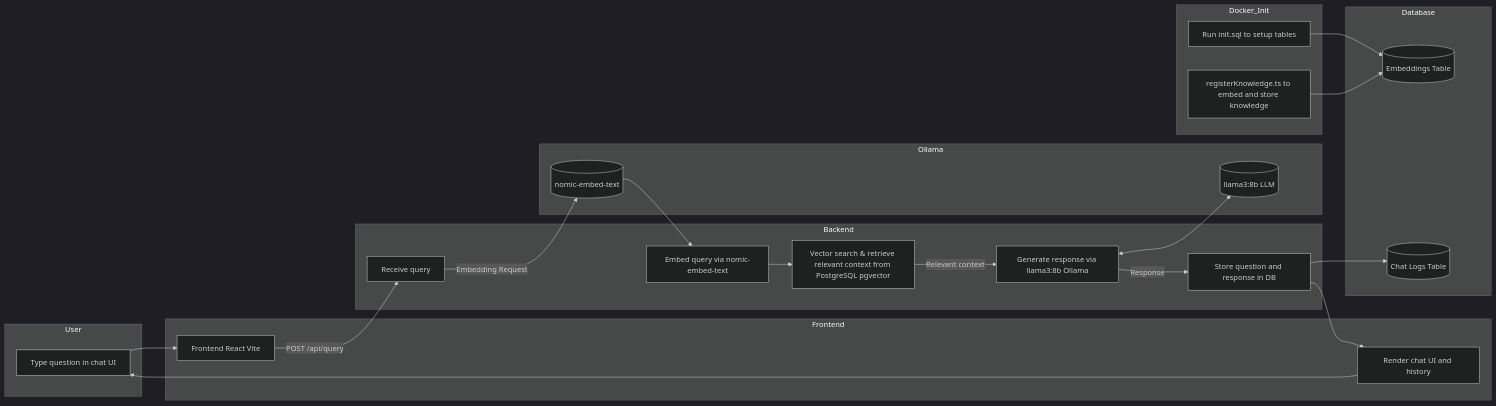
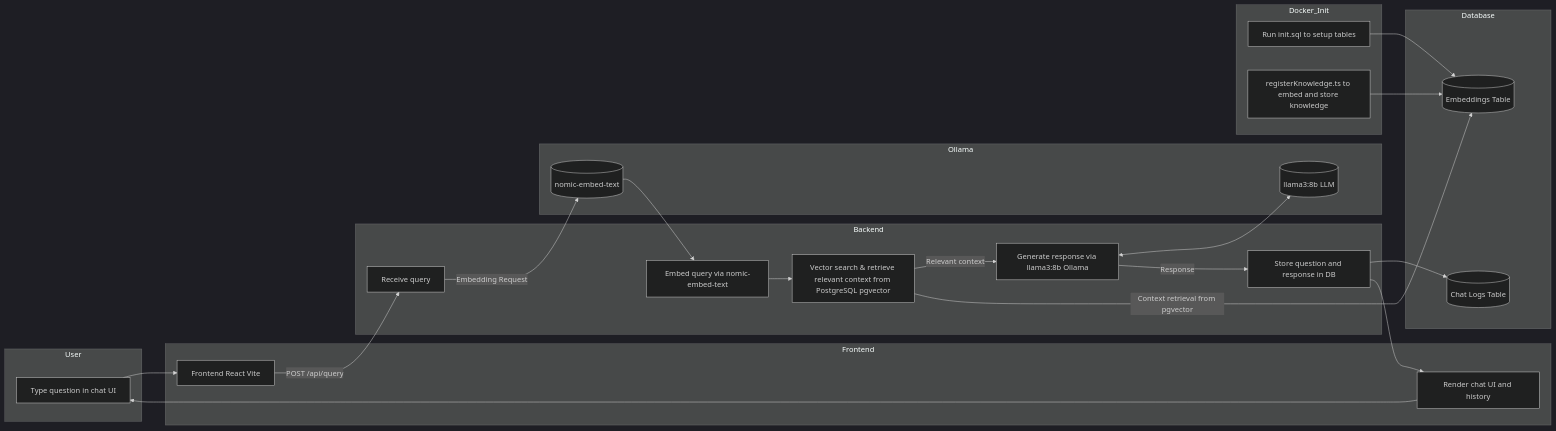
One commit to miwgu/Chat-with-AI-Using-RAG changed the diagram in README.md. Above: the diagram before and after it, drawn with Mermaid (dark theme).

````diff
--- a/README.md
+++ b/README.md
@@ -52,58 +52,59 @@
 ```mermaid
 flowchart LR
     %% User
     subgraph User
         A1[Type question in chat UI]
     end
 
     %% Frontend
     subgraph Frontend
         A2[Frontend React Vite]
         A3[Render chat UI and history]
     end
 
     %% Backend
     subgraph Backend
         B1[Receive query]
         B2[Embed query via nomic-embed-text]
         B3[Vector search & retrieve relevant context from PostgreSQL pgvector]
         B4[Generate response via llama3:8b Ollama]
         B5[Store question and response in DB]
     end
 
     %% Database
     subgraph Database
         D1[(Embeddings Table)]
         D2[(Chat Logs Table)]
     end
 
     %% Ollama
     subgraph Ollama
         O1[(llama3:8b LLM)]
         O2[(nomic-embed-text)]
     end
 
     %% Docker initialization
     subgraph Docker_Init
         X1[Run init.sql to setup tables]
         X2[registerKnowledge.ts to embed and store knowledge]
     end
 
     %% Connections
     A1 --> A2
     A2 -->|POST /api/query| B1
     B1 -->|Embedding Request| O2
     O2 --> B2
     B2 --> B3
     B3 -->|Relevant context| B4
+    B3 -->|Context retrieval from pgvector| D1
     B4 <--> O1
     B4 -->|Response| B5
     B5 --> D2
     B5 --> A3
     A3 --> A1
 
     %% Init connections
     X1 --> D1
     X2 --> D1
 
 ```
````
